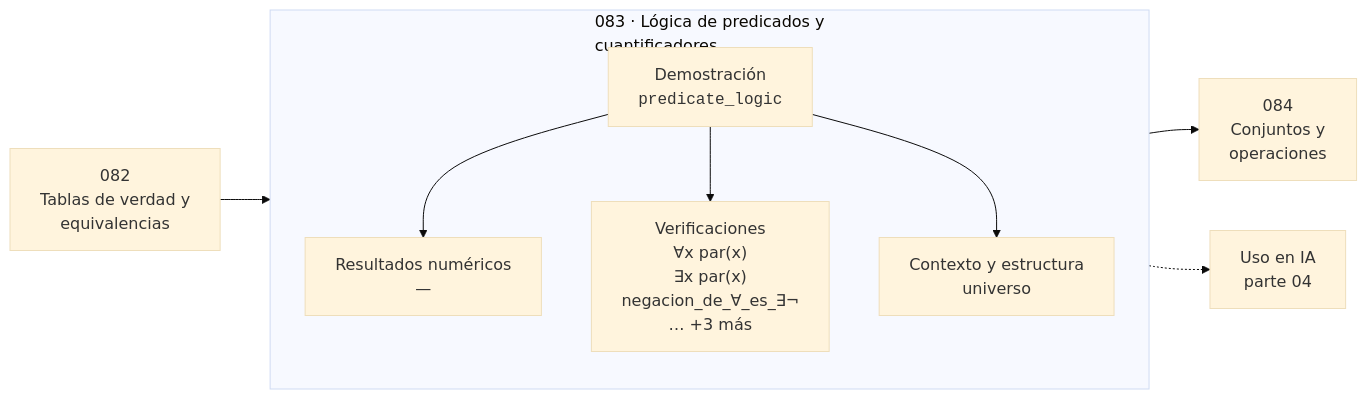
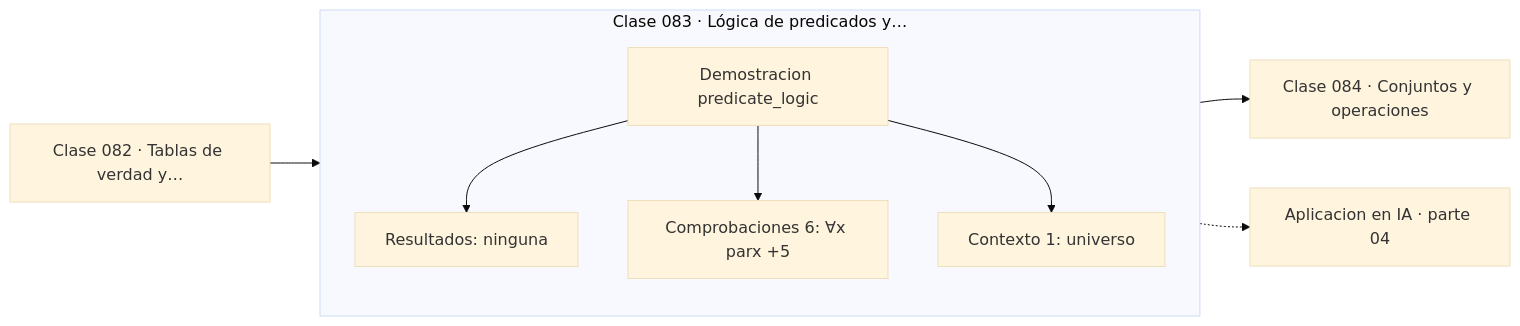
Before and after one commit to vladimiracunadev-create/computational-mathematics-program: the diagram in classes/part-04-matematica-discreta-para-computacion/083-logica-de-predicados-y-cuantificadores/README.md, drawn with Mermaid (base theme). The commit also changed other lines of this file and 389 other files, not shown here.

First line of the commit message:
fix(diagramas): elimina el HTML de las etiquetas Mermaid

````diff
--- a/classes/part-04-matematica-discreta-para-computacion/083-logica-de-predicados-y-cuantificadores/README.md
+++ b/classes/part-04-matematica-discreta-para-computacion/083-logica-de-predicados-y-cuantificadores/README.md
@@ -30,12 +35,13 @@
 ```mermaid
 flowchart LR
-    P["082<br/>Tablas de verdad y<br/>equivalencias"] --> C
-    subgraph C["083 · Lógica de predicados y<br/>cuantificadores"]
+    P["Clase 082 · Tablas de verdad y…"] --> D
+    subgraph CLASE["Clase 083 · Lógica de predicados y…"]
         direction TB
-        D["Demostración<br/><code>predicate_logic</code>"] --> R["Resultados numéricos<br/>—"]
-        D --> V["Verificaciones<br/>∀x par(x)<br/>∃x par(x)<br/>negacion_de_∀_es_∃¬<br/>… +3 más"]
-        D --> O["Contexto y estructura<br/>universo"]
+        D["Demostracion predicate_logic"]
+        D --> R["Resultados: ninguna"]
+        D --> V["Comprobaciones 6: ∀x parx +5"]
+        D --> O["Contexto 1: universo"]
     end
-    C --> N["084<br/>Conjuntos y<br/>operaciones"]
-    C -.-> IA["Uso en IA<br/>parte 04"]
+    R --> N["Clase 084 · Conjuntos y operaciones"]
+    V -.-> IA["Aplicacion en IA · parte 04"]
 ```
````
